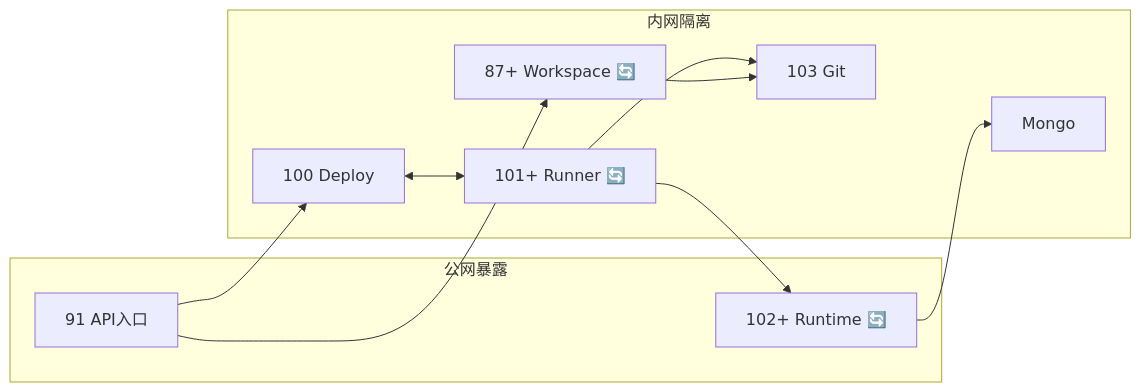
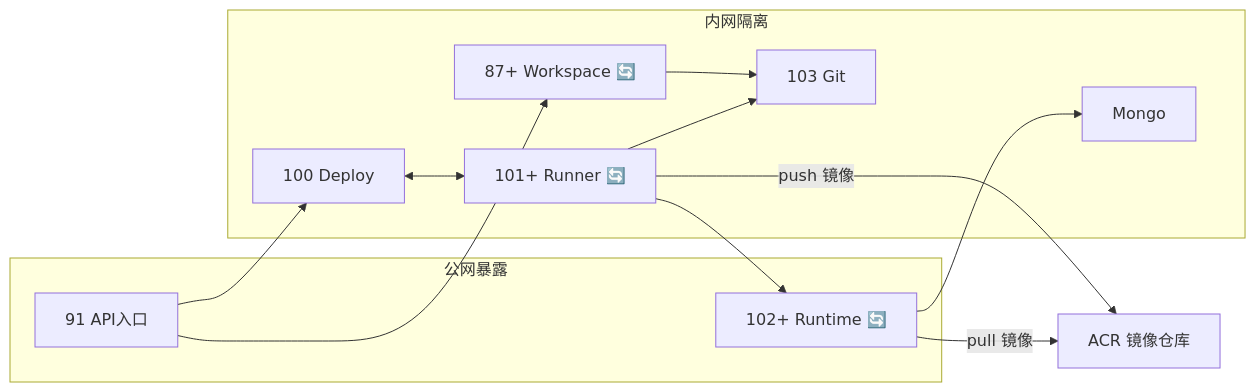
The fourth of 4 diagrams in src/main/resources/doc/domains/architecture/README.md (ruiAndroid/fun-ai-studio-api), drawn with Mermaid before and after one commit. The commit also changed other lines of this file, not shown here.

````diff
--- a/src/main/resources/doc/domains/architecture/README.md
+++ b/src/main/resources/doc/domains/architecture/README.md
@@ -208,23 +217,27 @@
 ```mermaid
 flowchart LR
     subgraph Public["公网暴露"]
         P91["91 API入口"]
         P102["102+ Runtime 🔄"]
     end
 
     subgraph Private["内网隔离"]
         S87["87+ Workspace 🔄"]
         S100["100 Deploy"]
         S101["101+ Runner 🔄"]
         S103["103 Git"]
         SMongo["Mongo"]
     end
 
+    ACR["ACR 镜像仓库"]
+
     P91 --> S87
     P91 --> S100
     S100 <--> S101
     S101 --> S103
+    S101 -->|push 镜像| ACR
     S101 --> P102
+    P102 -->|pull 镜像| ACR
     P102 --> SMongo
     S87 --> S103
 ```
````
